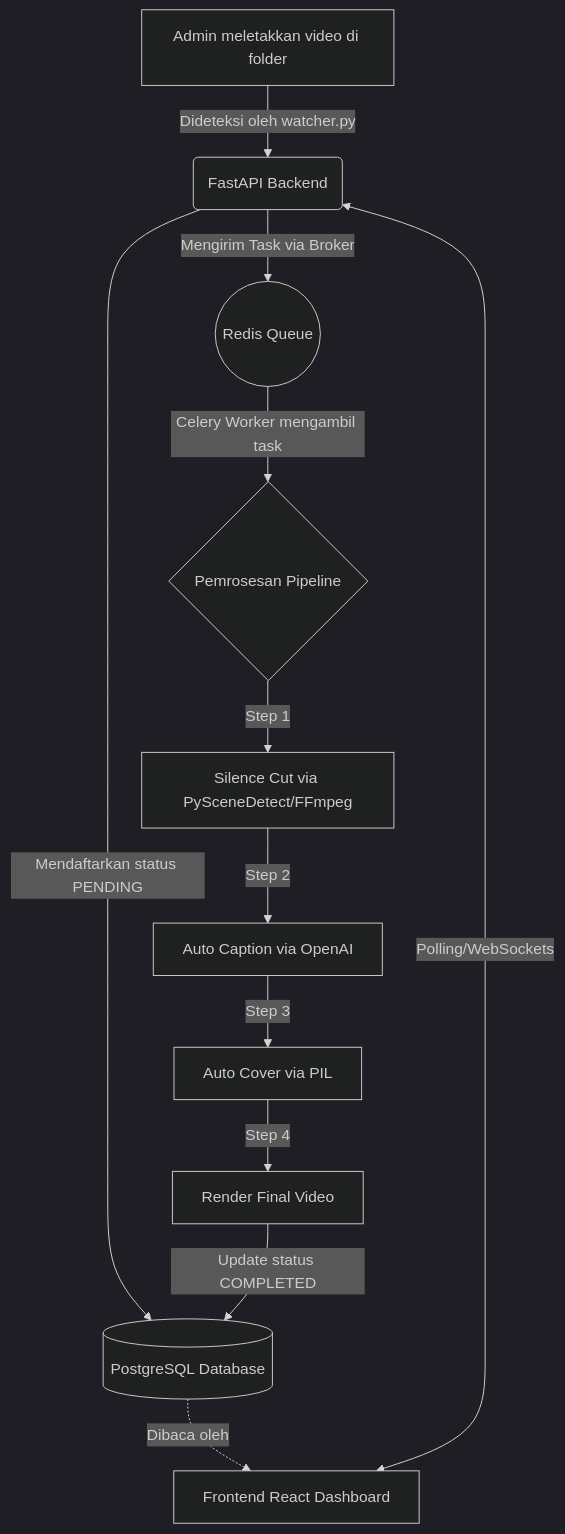
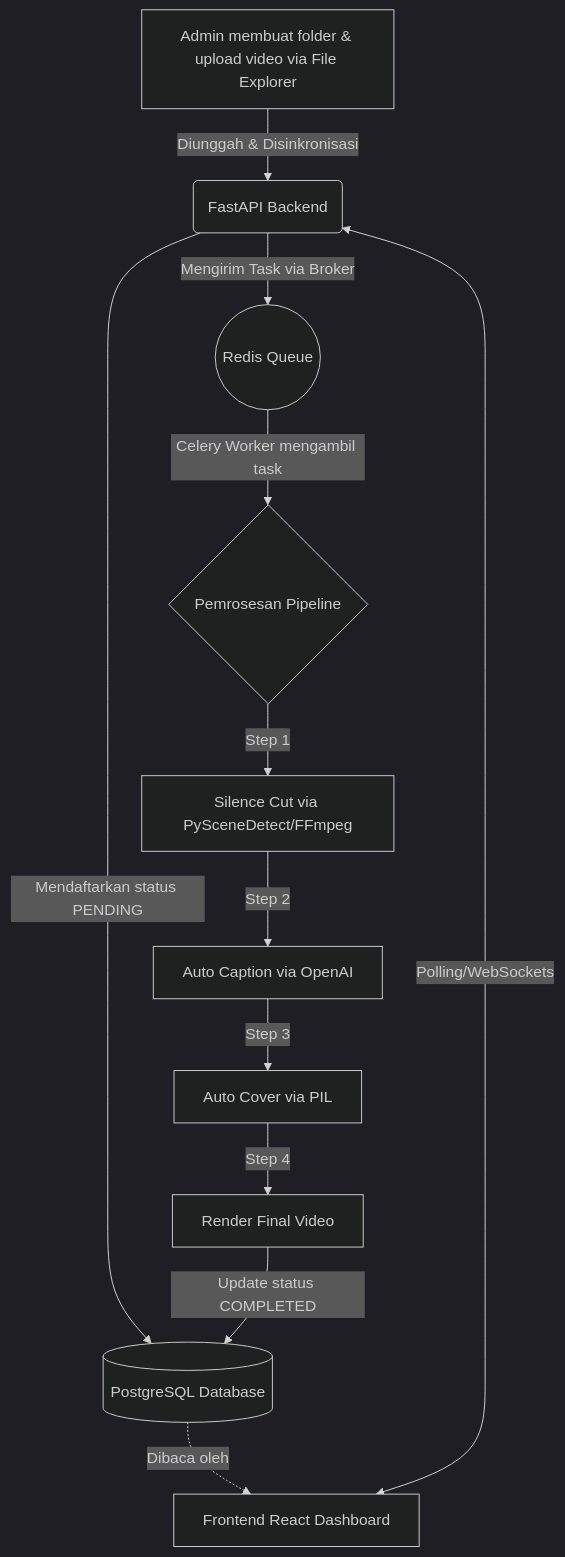
Before and after one commit to Muhira007/vidflow-studio: the first of 4 diagrams in PRD_claude II.md, drawn with Mermaid (dark theme). The commit also changed other lines of this file and 50 other files, not shown here.

````diff
--- a/PRD_claude II.md
+++ b/PRD_claude II.md
@@ -222,17 +222,17 @@
 ```mermaid
 graph TD
-    A[Admin meletakkan video di folder] -->|Dideteksi oleh watcher.py| B(FastAPI Backend)
+    A[Admin membuat folder & upload video via File Explorer] -->|Diunggah & Disinkronisasi| B(FastAPI Backend)
     B -->|Mendaftarkan status PENDING| C[(PostgreSQL Database)]
     B -->|Mengirim Task via Broker| D((Redis Queue))
     D -->|Celery Worker mengambil task| E{Pemrosesan Pipeline}
     
     E -->|Step 1| F[Silence Cut via PySceneDetect/FFmpeg]
     F -->|Step 2| G[Auto Caption via OpenAI]
     G -->|Step 3| H[Auto Cover via PIL]
     H -->|Step 4| I[Render Final Video]
     
     I -->|Update status COMPLETED| C
     
     J[Frontend React Dashboard] <-->|Polling/WebSockets| B
     C -.->|Dibaca oleh| J
 ```
````
